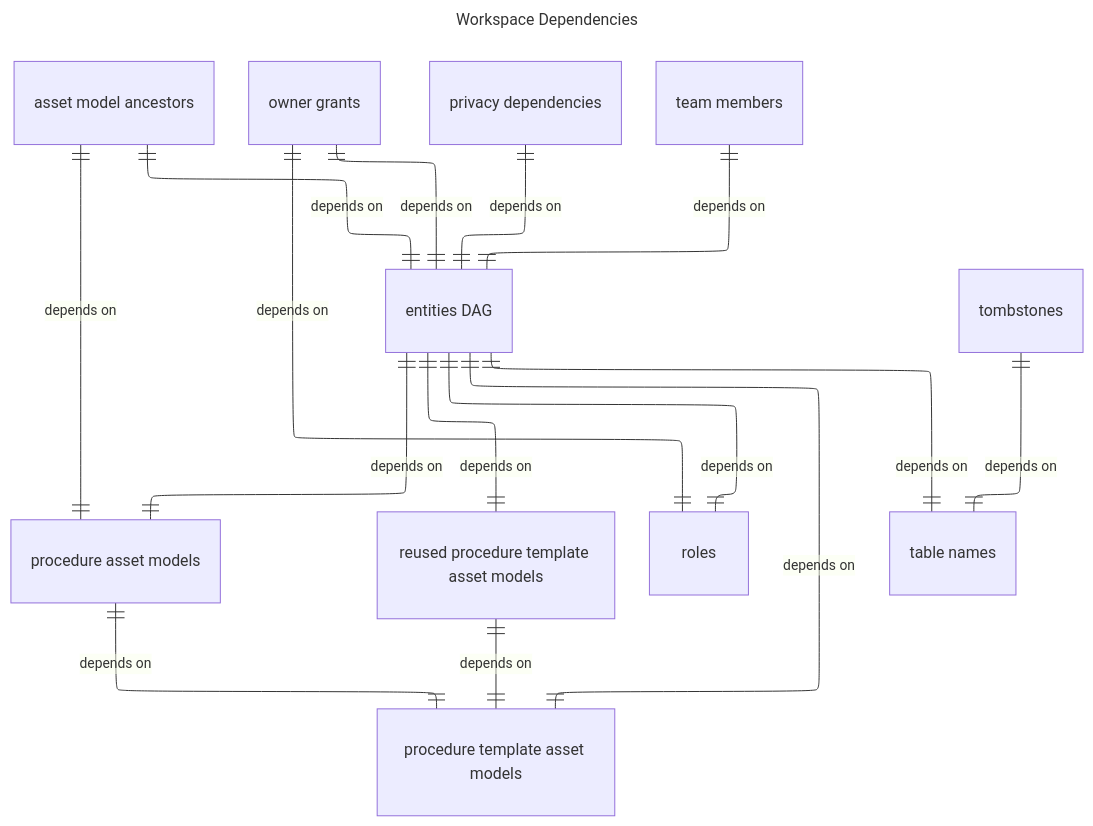
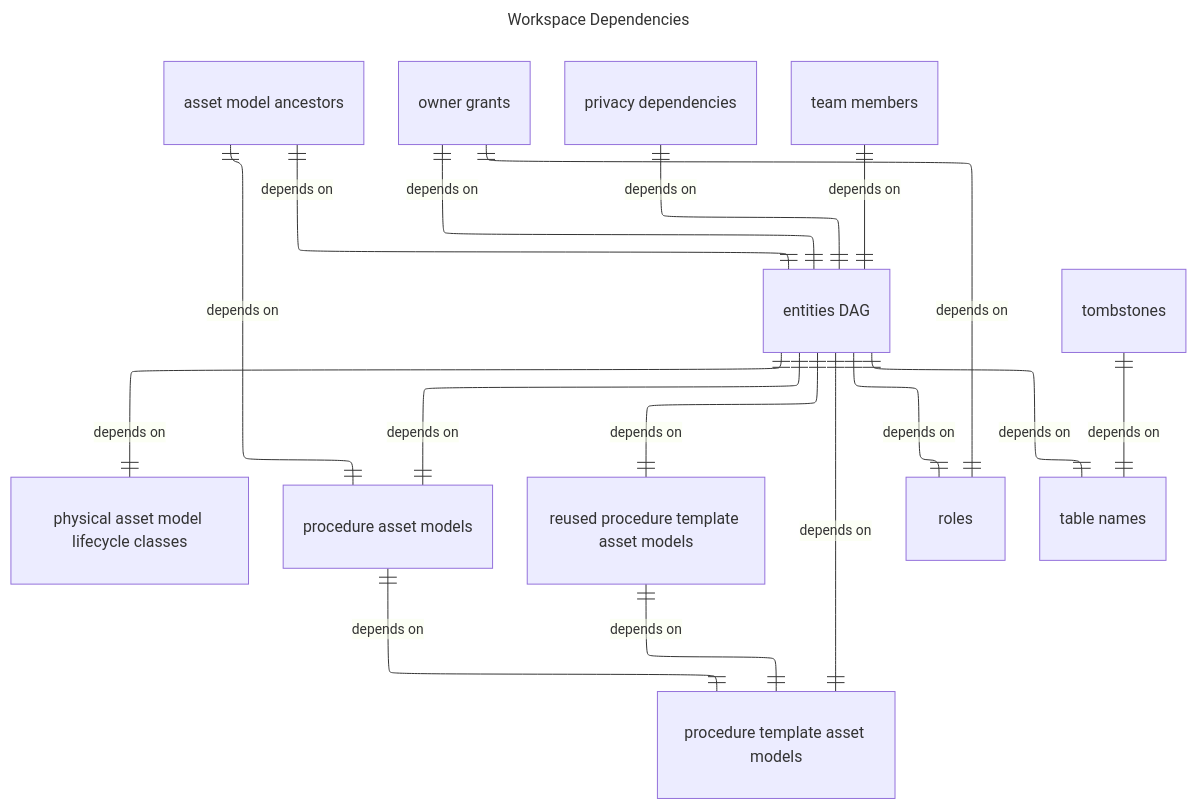
One commit to earth-metabolome-initiative/asset-procedure-schema changed the diagram in builder/workspace_dependencies.mmd. Above: the diagram before and after it, drawn with Mermaid. The commit also changed 49 other files, not shown here.

First line of the commit message:
feat: Add physical asset model lifecycle profiles and related tables

```diff
--- a/builder/workspace_dependencies.mmd
+++ b/builder/workspace_dependencies.mmd
@@ -1,34 +1,36 @@
 ---
 config:
   layout: elk
   theme: default
   look: classic
 title: Workspace Dependencies
 ---
 erDiagram
   direction TB
   v3["asset model ancestors"]
-  v52["entities DAG"]
-  v75["owner grants"]
-  v92["privacy dependencies"]
-  v93["procedure asset models"]
-  v94["procedure template asset models"]
-  v97["reused procedure template asset models"]
-  v98["roles"]
-  v107["table names"]
-  v108["team members"]
-  v110["tombstones"]
-  v52 ||--|| v94 : "depends on"
-  v52 ||--|| v97 : "depends on"
-  v52 ||--|| v93 : "depends on"
-  v3 ||--|| v52 : "depends on"
-  v52 ||--|| v98 : "depends on"
-  v52 ||--|| v107 : "depends on"
-  v75 ||--|| v52 : "depends on"
-  v75 ||--|| v98 : "depends on"
-  v92 ||--|| v52 : "depends on"
-  v93 ||--|| v3 : "depends on"
-  v93 ||--|| v94 : "depends on"
-  v97 ||--|| v94 : "depends on"
-  v108 ||--|| v52 : "depends on"
-  v110 ||--|| v107 : "depends on"
+  v56["entities DAG"]
+  v81["owner grants"]
+  v96["physical asset model lifecycle classes"]
+  v104["privacy dependencies"]
+  v105["procedure asset models"]
+  v106["procedure template asset models"]
+  v109["reused procedure template asset models"]
+  v110["roles"]
+  v119["table names"]
+  v120["team members"]
+  v122["tombstones"]
+  v56 ||--|| v106 : "depends on"
+  v56 ||--|| v109 : "depends on"
+  v56 ||--|| v105 : "depends on"
+  v3 ||--|| v56 : "depends on"
+  v56 ||--|| v110 : "depends on"
+  v56 ||--|| v119 : "depends on"
+  v81 ||--|| v56 : "depends on"
+  v81 ||--|| v110 : "depends on"
+  v56 ||--|| v96 : "depends on"
+  v104 ||--|| v56 : "depends on"
+  v105 ||--|| v3 : "depends on"
+  v105 ||--|| v106 : "depends on"
+  v109 ||--|| v106 : "depends on"
+  v120 ||--|| v56 : "depends on"
+  v122 ||--|| v119 : "depends on"
```
